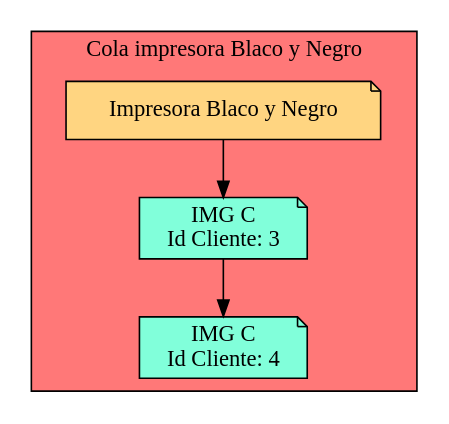
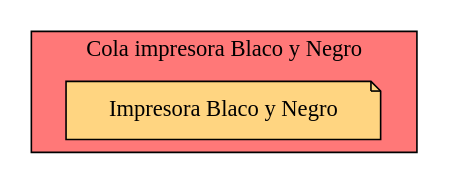
The diagram in Cola_Print_bw.dot (Serch-ING/EDD_UDRAWING_202000119), drawn with Graphviz before and after one commit. The commit also changed 12 other files, not shown here.

```diff
--- a/Cola_Print_bw.dot
+++ b/Cola_Print_bw.dot
@@ -1,13 +1,6 @@
 digraph L {
 node[shape=note fillcolor="#A181FF" style =filled]
 subgraph cluster_p{
     label= " Cola impresora Blaco y Negro "
  raiz[label = "Impresora Blaco y Negro" fillcolor="#FFD581" ]    bgcolor = "#FF7878"
-Nodo825658265[label="IMG C 
-Id Cliente: 3",fillcolor="#81FFDA"]
-Nodo367746789[label="IMG C 
-Id Cliente: 4",fillcolor="#81FFDA"]
-
-raiz->Nodo825658265
-Nodo825658265 -> Nodo367746789
 }}
```
